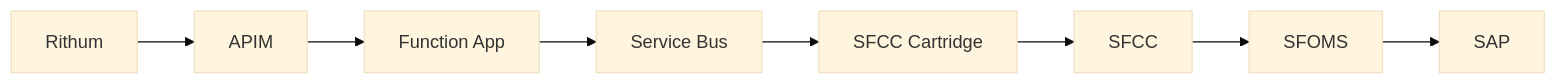
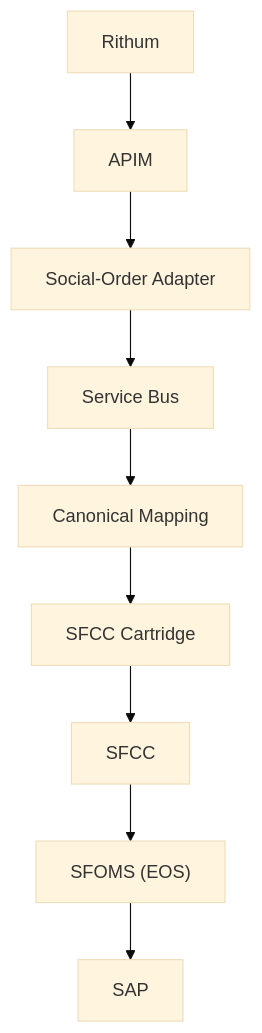
The fifth of 10 diagrams in presentation.md (alienfacepalm/columbia-social-order-use-case), drawn with Mermaid (base theme) before and after one commit. The commit also changed other lines of this file and 7 other files, not shown here.

````diff
--- a/presentation.md
+++ b/presentation.md
@@ -204,10 +208,11 @@
 ```mermaid
-flowchart LR
+flowchart TB
     R["Rithum"] --> APIM["APIM"]
-    APIM --> FA["Function App"]
+    APIM --> FA["Social-Order Adapter"]
     FA --> SB["Service Bus"]
-    SB --> CART["SFCC Cartridge"]
+    SB --> CM["Canonical Mapping"]
+    CM --> CART["SFCC Cartridge"]
     CART --> SFCC["SFCC"]
-    SFCC --> SFOMS["SFOMS"]
+    SFCC --> SFOMS["SFOMS (EOS)"]
     SFOMS --> SAP["SAP"]
 ```
````
